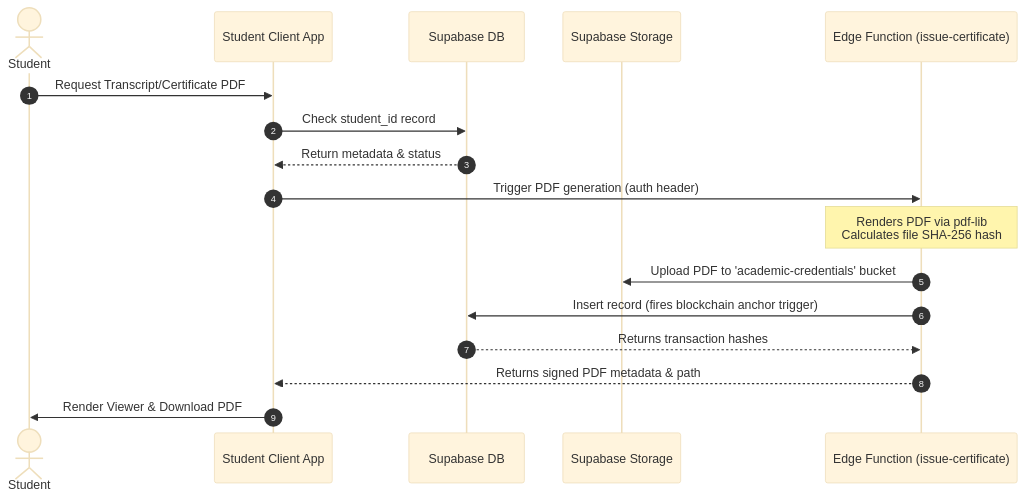
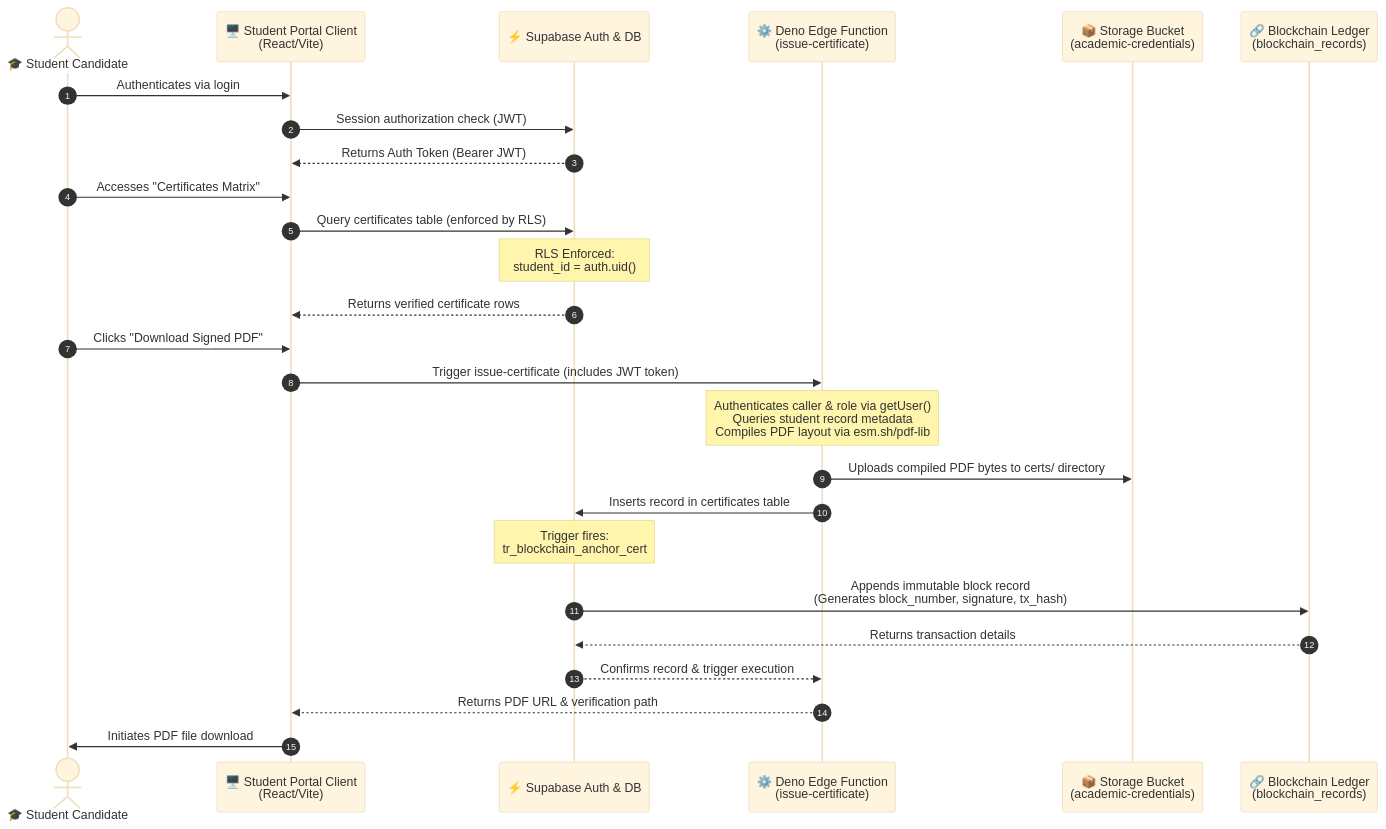
The second of 5 diagrams in README.md (yashkoparde/Parakh-Ecosystem), drawn with Mermaid (base theme) before and after one commit. The commit also changed other lines of this file, not shown here.

Commit message:
docs: enrich Modules Deep Dive in README with precise architecture, file maps, and real schemas

````diff
--- a/README.md
+++ b/README.md
@@ -136,20 +136,31 @@
 ```mermaid
 sequenceDiagram
     autonumber
-    actor Student
-    participant Portal as Student Client App
-    participant DB as Supabase DB
-    participant Storage as Supabase Storage
-    participant Edge as Edge Function (issue-certificate)
+    actor Student as 🎓 Student Candidate
+    participant Portal as 🖥️ Student Portal Client<br/>(React/Vite)
+    participant Supabase as ⚡ Supabase Auth & DB
+    participant Deno as ⚙️ Deno Edge Function<br/>(issue-certificate)
+    participant Storage as 📦 Storage Bucket<br/>(academic-credentials)
+    participant Ledger as 🔗 Blockchain Ledger<br/>(blockchain_records)
 
-    Student->>Portal: Request Transcript/Certificate PDF
-    Portal->>DB: Check student_id record
-    DB-->>Portal: Return metadata & status
-    Portal->>Edge: Trigger PDF generation (auth header)
-    Note over Edge: Renders PDF via pdf-lib<br/>Calculates file SHA-256 hash
-    Edge->>Storage: Upload PDF to 'academic-credentials' bucket
-    Edge->>DB: Insert record (fires blockchain anchor trigger)
-    DB-->>Edge: Returns transaction hashes
-    Edge-->>Portal: Returns signed PDF metadata & path
-    Portal->>Student: Render Viewer & Download PDF
+    Student->>Portal: Authenticates via login
+    Portal->>Supabase: Session authorization check (JWT)
+    Supabase-->>Portal: Returns Auth Token (Bearer JWT)
+    
+    Student->>Portal: Accesses "Certificates Matrix"
+    Portal->>Supabase: Query certificates table (enforced by RLS)
+    Note over Supabase: RLS Enforced:<br/>student_id = auth.uid()
+    Supabase-->>Portal: Returns verified certificate rows
+    
+    Student->>Portal: Clicks "Download Signed PDF"
+    Portal->>Deno: Trigger issue-certificate (includes JWT token)
+    Note over Deno: Authenticates caller & role via getUser()<br/>Queries student record metadata<br/>Compiles PDF layout via esm.sh/pdf-lib
+    Deno->>Storage: Uploads compiled PDF bytes to certs/ directory
+    Deno->>Supabase: Inserts record in certificates table
+    Note over Supabase: Trigger fires:<br/>tr_blockchain_anchor_cert
+    Supabase->>Ledger: Appends immutable block record<br/>(Generates block_number, signature, tx_hash)
+    Ledger-->>Supabase: Returns transaction details
+    Supabase-->>Deno: Confirms record & trigger execution
+    Deno-->>Portal: Returns PDF URL & verification path
+    Portal->>Student: Initiates PDF file download
 ```
````
